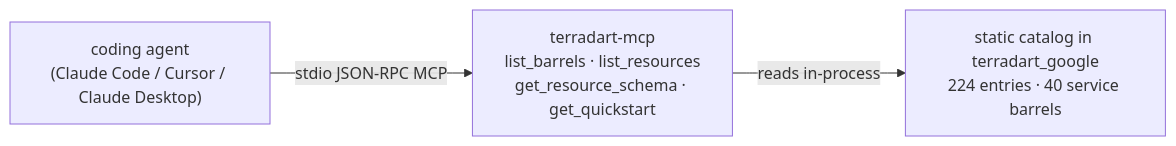
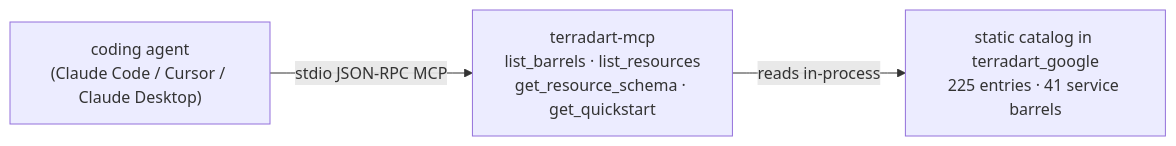
The diagram in website/src/content/docs/docs/agent/index.md (nozomi-koborinai/terradart), drawn with Mermaid before and after one commit. The commit also changed other lines of this file and 21 other files, not shown here.

````diff
--- a/website/src/content/docs/docs/agent/index.md
+++ b/website/src/content/docs/docs/agent/index.md
@@ -12,8 +12,8 @@
 ```mermaid
 graph LR
   agent["coding agent<br/>(Claude Code / Cursor / Claude Desktop)"]
   mcp["terradart-mcp<br/>list_barrels · list_resources<br/>get_resource_schema · get_quickstart"]
-  catalog["static catalog in terradart_google<br/>224 entries · 40 service barrels"]
+  catalog["static catalog in terradart_google<br/>225 entries · 41 service barrels"]
   agent -->|stdio JSON-RPC MCP| mcp
   mcp -->|reads in-process| catalog
 ```
````
